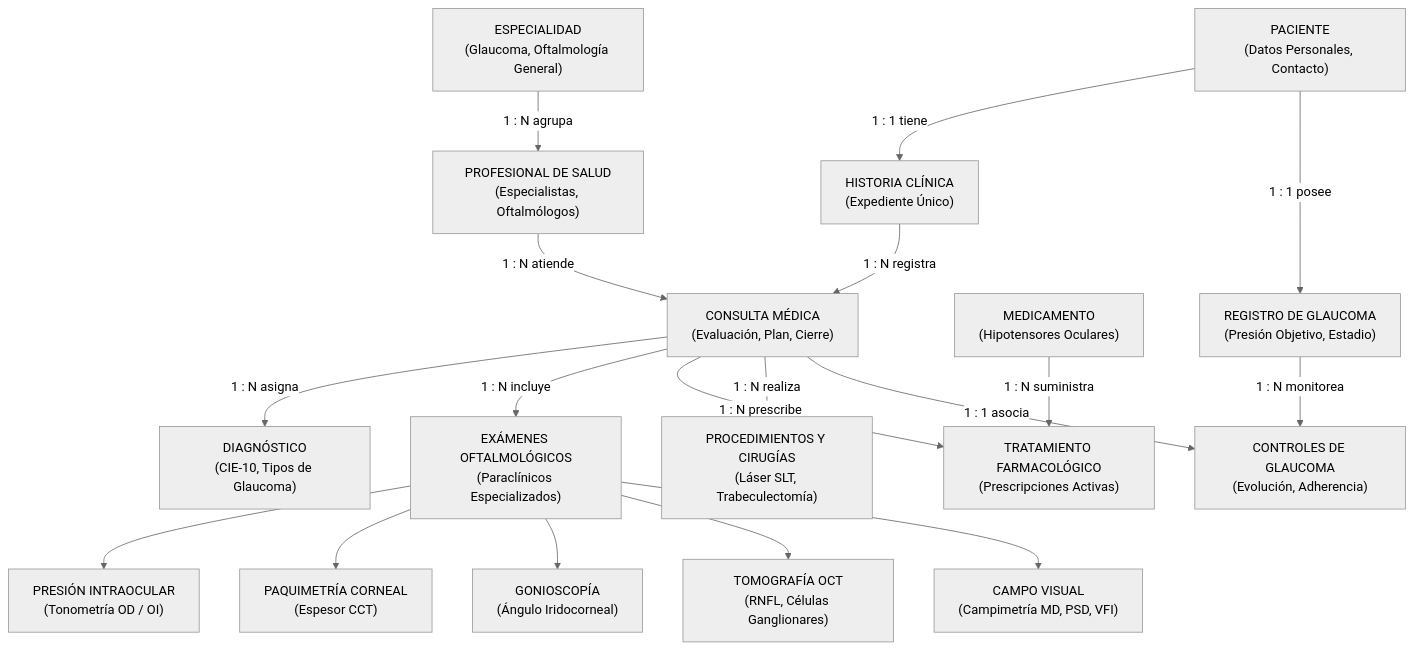
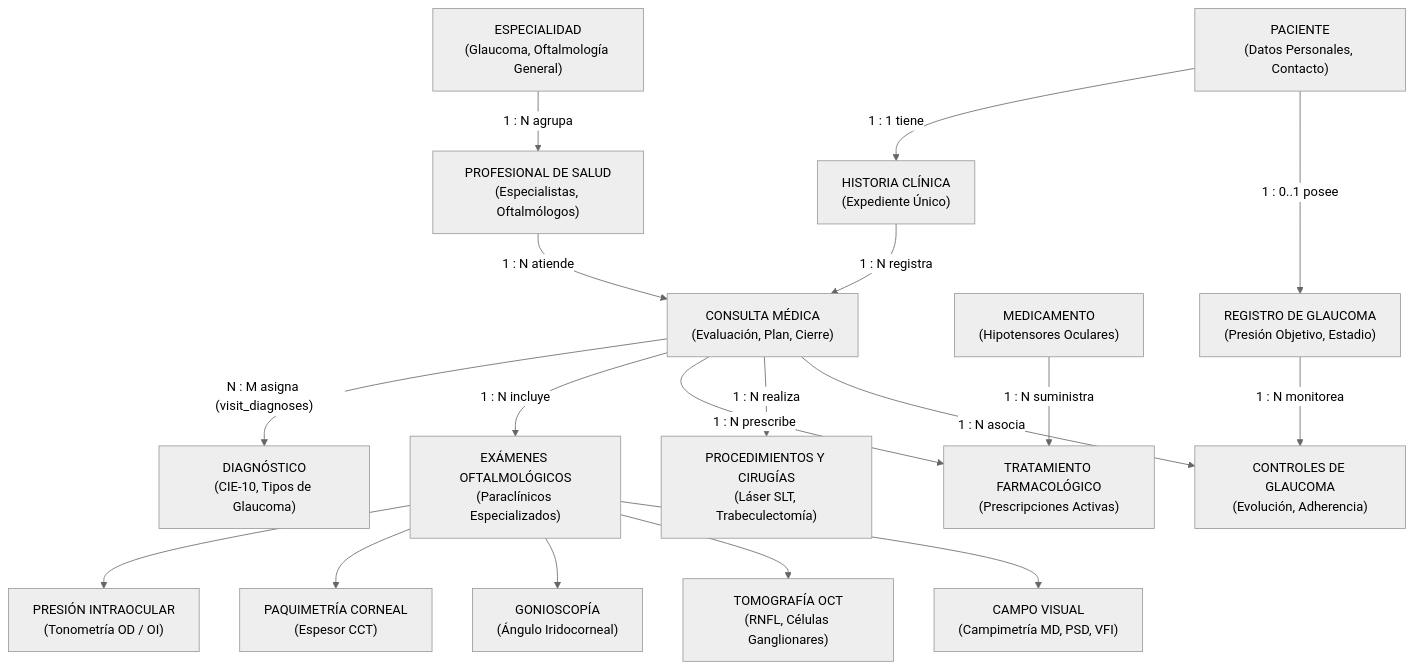
Before and after one commit to DEIMER-PY/DB_DEIMER_CARO: the diagram in diagrams/conceptual_model.mmd, drawn with Mermaid (neutral theme). The commit also changed 5 other files, not shown here.

First line of the commit message:
fix(diagrams): alinear los diagramas Mermaid, draw.io y el modelo ER con la base

```diff
--- a/diagrams/conceptual_model.mmd
+++ b/diagrams/conceptual_model.mmd
@@ -1,46 +1,46 @@
 flowchart TD
     %% Modelo Conceptual de Oftalmología y Glaucoma
     PACIENTE["PACIENTE\n(Datos Personales, Contacto)"]
     HISTORIA["HISTORIA CLÍNICA\n(Expediente Único)"]
     PROFESIONAL["PROFESIONAL DE SALUD\n(Especialistas, Oftalmólogos)"]
     ESPECIALIDAD["ESPECIALIDAD\n(Glaucoma, Oftalmología General)"]
     
     CONSULTA["CONSULTA MÉDICA\n(Evaluación, Plan, Cierre)"]
     DIAGNOSTICO["DIAGNÓSTICO\n(CIE-10, Tipos de Glaucoma)"]
     
     EXAMEN_OFTALMOLOGICO["EXÁMENES OFTALMOLÓGICOS\n(Paraclínicos Especializados)"]
     PIO["PRESIÓN INTRAOCULAR\n(Tonometría OD / OI)"]
     PAQUIMETRIA["PAQUIMETRÍA CORNEAL\n(Espesor CCT)"]
     GONIOSCOPIA["GONIOSCOPÍA\n(Ángulo Iridocorneal)"]
     OCT["TOMOGRAFÍA OCT\n(RNFL, Células Ganglionares)"]
     CAMPO_VISUAL["CAMPO VISUAL\n(Campimetría MD, PSD, VFI)"]
     
     TRATAMIENTO["TRATAMIENTO FARMACOLÓGICO\n(Prescripciones Activas)"]
     MEDICAMENTO["MEDICAMENTO\n(Hipotensores Oculares)"]
     PROCEDIMIENTO["PROCEDIMIENTOS Y CIRUGÍAS\n(Láser SLT, Trabeculectomía)"]
     
     REGISTRO_GLAUCOMA["REGISTRO DE GLAUCOMA\n(Presión Objetivo, Estadio)"]
     CONTROL_GLAUCOMA["CONTROLES DE GLAUCOMA\n(Evolución, Adherencia)"]
     
     %% Relaciones Conceptuales
     PACIENTE -->|"1 : 1 tiene"| HISTORIA
-    PACIENTE -->|"1 : 1 posee"| REGISTRO_GLAUCOMA
+    PACIENTE -->|"1 : 0..1 posee"| REGISTRO_GLAUCOMA
     ESPECIALIDAD -->|"1 : N agrupa"| PROFESIONAL
     PROFESIONAL -->|"1 : N atiende"| CONSULTA
     HISTORIA -->|"1 : N registra"| CONSULTA
     
-    CONSULTA -->|"1 : N asigna"| DIAGNOSTICO
+    CONSULTA -->|"N : M asigna (visit_diagnoses)"| DIAGNOSTICO
     CONSULTA -->|"1 : N incluye"| EXAMEN_OFTALMOLOGICO
     
     EXAMEN_OFTALMOLOGICO --> PIO
     EXAMEN_OFTALMOLOGICO --> PAQUIMETRIA
     EXAMEN_OFTALMOLOGICO --> GONIOSCOPIA
     EXAMEN_OFTALMOLOGICO --> OCT
     EXAMEN_OFTALMOLOGICO --> CAMPO_VISUAL
     
     CONSULTA -->|"1 : N prescribe"| TRATAMIENTO
     MEDICAMENTO -->|"1 : N suministra"| TRATAMIENTO
     CONSULTA -->|"1 : N realiza"| PROCEDIMIENTO
     
     REGISTRO_GLAUCOMA -->|"1 : N monitorea"| CONTROL_GLAUCOMA
-    CONSULTA -->|"1 : 1 asocia"| CONTROL_GLAUCOMA
+    CONSULTA -->|"1 : N asocia"| CONTROL_GLAUCOMA
```
